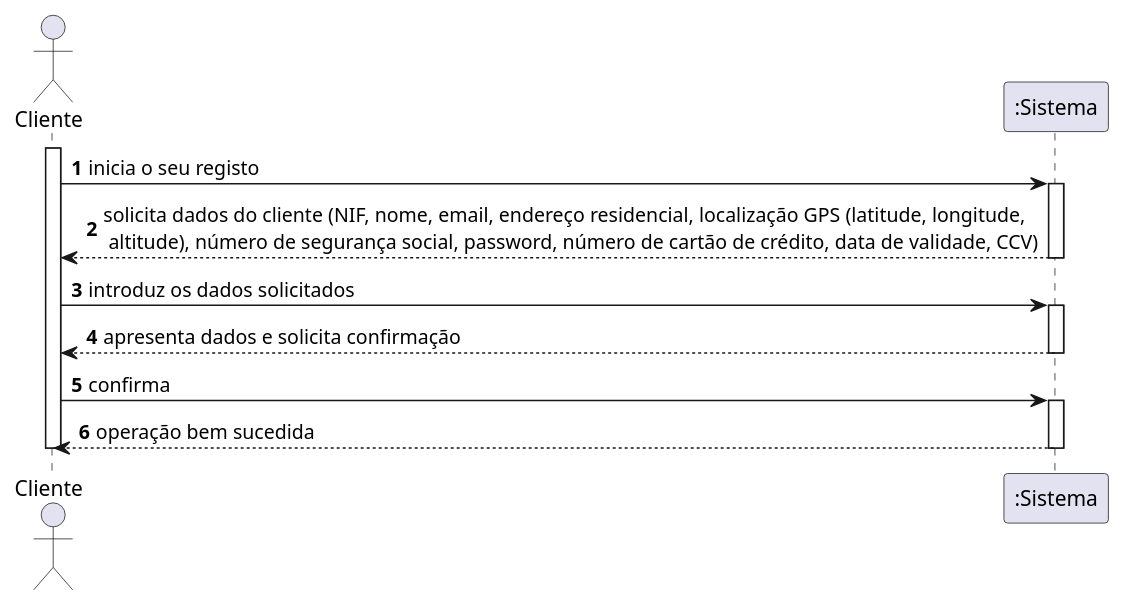
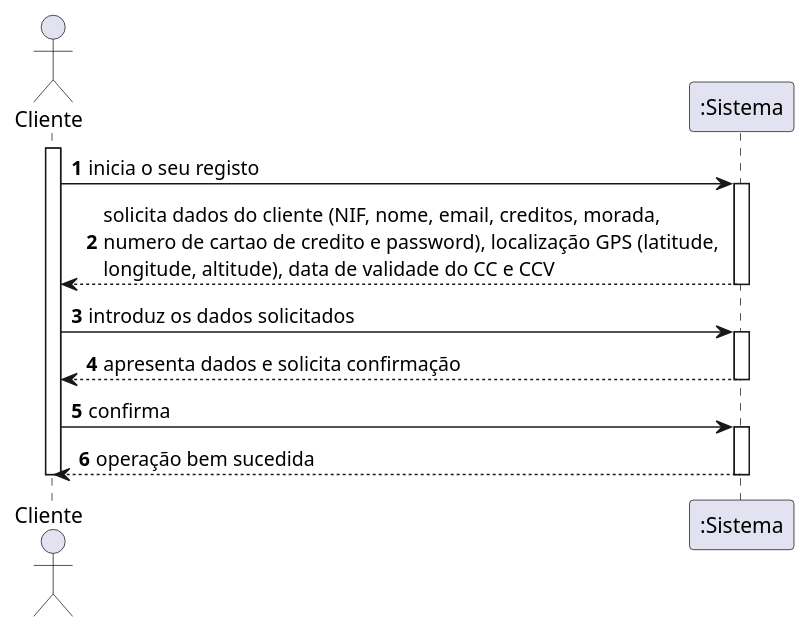
Before and after one commit to pedrolemos4/LAPR3: the diagram in docs/UC1/SSD-REGISTAR CLIENTE.puml, drawn with PlantUML. The commit also changed 3 other files, not shown here.

```diff
--- a/docs/UC1/SSD-REGISTAR CLIENTE.puml
+++ b/docs/UC1/SSD-REGISTAR CLIENTE.puml
@@ -1,22 +1,22 @@
 @startuml
 autonumber
 actor "Cliente" as CL
 
 activate CL
 CL -> ":Sistema" : inicia o seu registo
 activate ":Sistema"
-":Sistema" --> CL : solicita dados do cliente (NIF, nome, email, endereço residencial, localização GPS (latitude, longitude,\n altitude), número de segurança social, password, número de cartão de crédito, data de validade, CCV)
+":Sistema" --> CL : solicita dados do cliente (NIF, nome, email, creditos, morada, \nnumero de cartao de credito e password), localização GPS (latitude, \nlongitude, altitude), data de validade do CC e CCV
 deactivate ":Sistema"
 
 CL -> ":Sistema" : introduz os dados solicitados
 activate ":Sistema"
 ":Sistema" --> CL : apresenta dados e solicita confirmação
 deactivate ":Sistema"
 
 CL -> ":Sistema" : confirma
 activate ":Sistema"
 ":Sistema" --> CL : operação bem sucedida
 deactivate ":Sistema"
 
 deactivate CL
 @enduml
```
